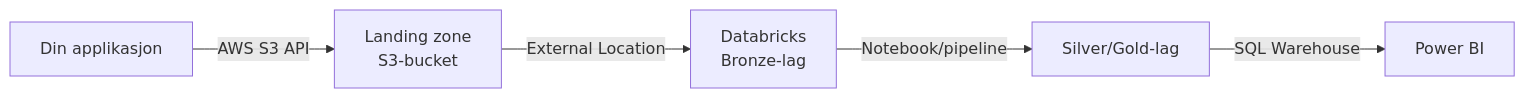
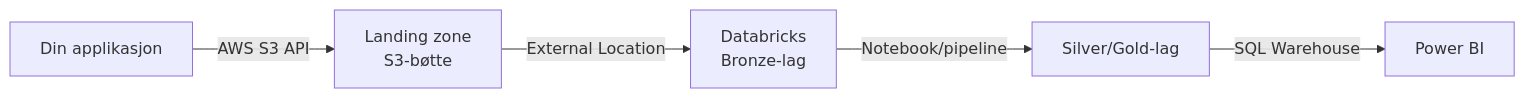
One commit to oslokommune/padda-golden-path changed the first of 2 diagrams in docs/kom-i-gang/din-forste-datapipeline.md. Above: the diagram before and after it, drawn with Mermaid. The commit also changed other lines of this file and 4 other files, not shown here.

````diff
--- a/docs/kom-i-gang/din-forste-datapipeline.md
+++ b/docs/kom-i-gang/din-forste-datapipeline.md
@@ -13,7 +13,7 @@
 ```mermaid
 flowchart LR
-    A[Din applikasjon] -->|AWS S3 API| B[Landing zone<br/>S3-bucket]
+    A[Din applikasjon] -->|AWS S3 API| B[Landing zone<br/>S3-bøtte]
     B -->|External Location| C[Databricks<br/>Bronze-lag]
     C -->|Notebook/pipeline| D[Silver/Gold-lag]
     D -->|SQL Warehouse| E[Power BI]
 ```
````
